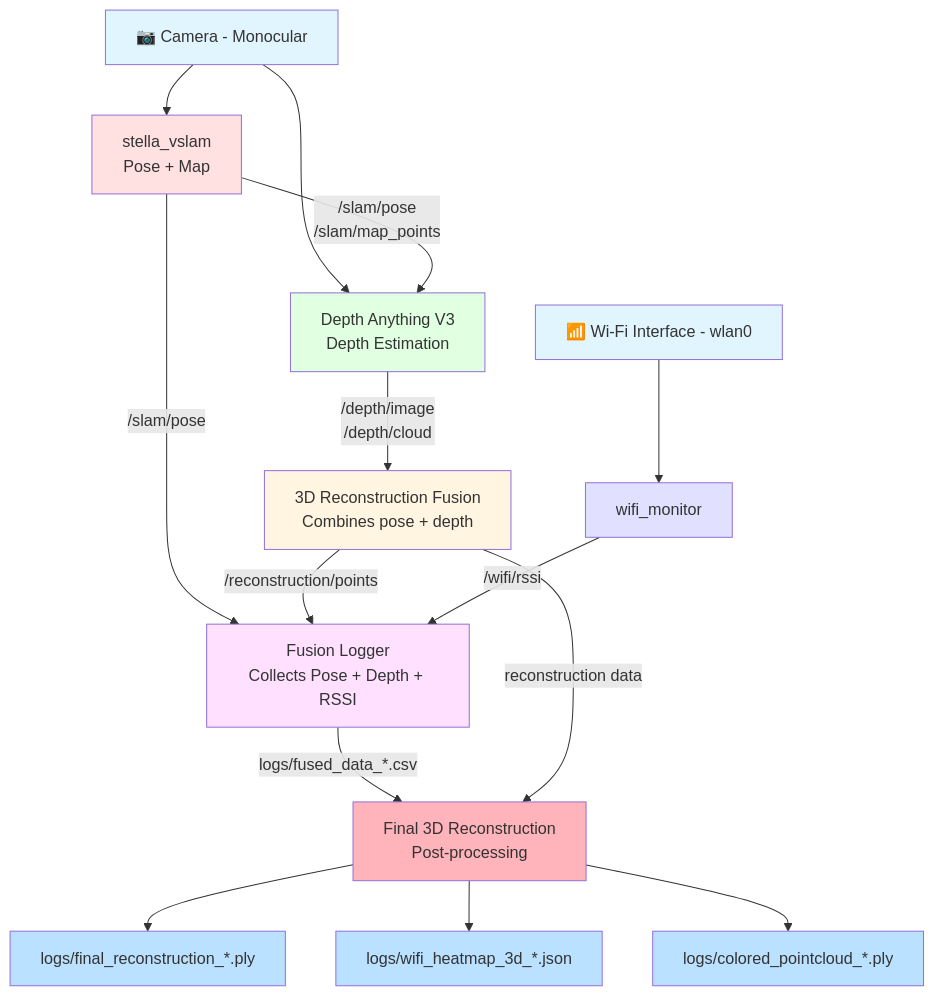
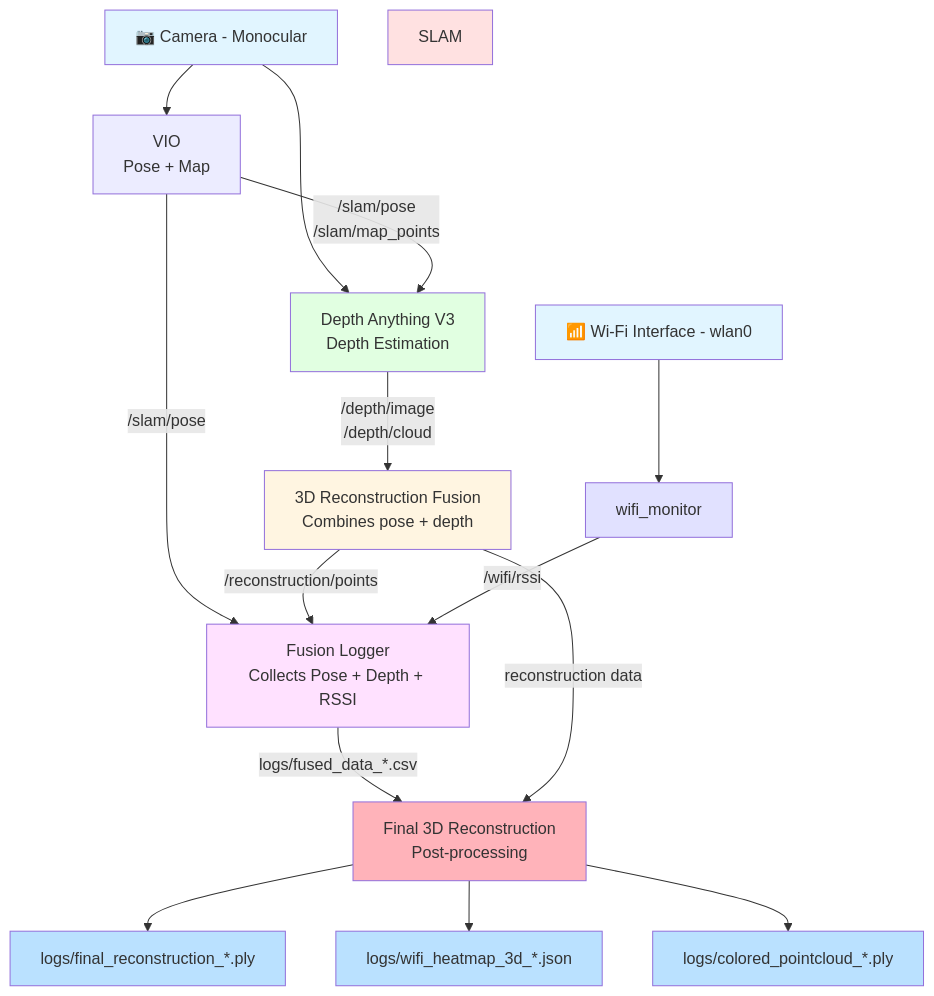
One commit to Shluo03/AirSniff changed the first of 6 diagrams in README.md. Above: the diagram before and after it, drawn with Mermaid.

````diff
--- a/README.md
+++ b/README.md
@@ -5,34 +5,34 @@
 ```mermaid
 flowchart TD
-    Camera[📷 Camera - Monocular] --> SLAM[stella_vslam<br/>Pose + Map]
+    Camera[📷 Camera - Monocular] --> VIO[VIO<br/>Pose + Map]
     Camera --> Depth[Depth Anything V3<br/>Depth Estimation]
     
-    SLAM -->|/slam/pose<br/>/slam/map_points| Depth
-    SLAM -->|/slam/pose| Logger[Fusion Logger<br/>Collects Pose + Depth + RSSI]
+    VIO -->|/slam/pose<br/>/slam/map_points| Depth
+    VIO -->|/slam/pose| Logger[Fusion Logger<br/>Collects Pose + Depth + RSSI]
     
     Depth -->|/depth/image<br/>/depth/cloud| Recon[3D Reconstruction Fusion<br/>Combines pose + depth]
     
     Recon -->|/reconstruction/points| Logger
     
     WiFi[📶 Wi-Fi Interface - wlan0] --> Monitor[wifi_monitor]
     Monitor -->|/wifi/rssi| Logger
     
     Logger -->|logs/fused_data_*.csv| Final[Final 3D Reconstruction<br/>Post-processing]
     Recon -->|reconstruction data| Final
     
     Final --> Output1[logs/final_reconstruction_*.ply]
     Final --> Output2[logs/wifi_heatmap_3d_*.json]
     Final --> Output3[logs/colored_pointcloud_*.ply]
     
     style Camera fill:#e1f5ff
     style SLAM fill:#ffe1e1
     style Depth fill:#e1ffe1
     style Recon fill:#fff5e1
     style WiFi fill:#e1f5ff
     style Monitor fill:#e1e1ff
     style Logger fill:#ffe1ff
     style Final fill:#ffb3ba
     style Output1 fill:#bae1ff
     style Output2 fill:#bae1ff
     style Output3 fill:#bae1ff
 ```
````
